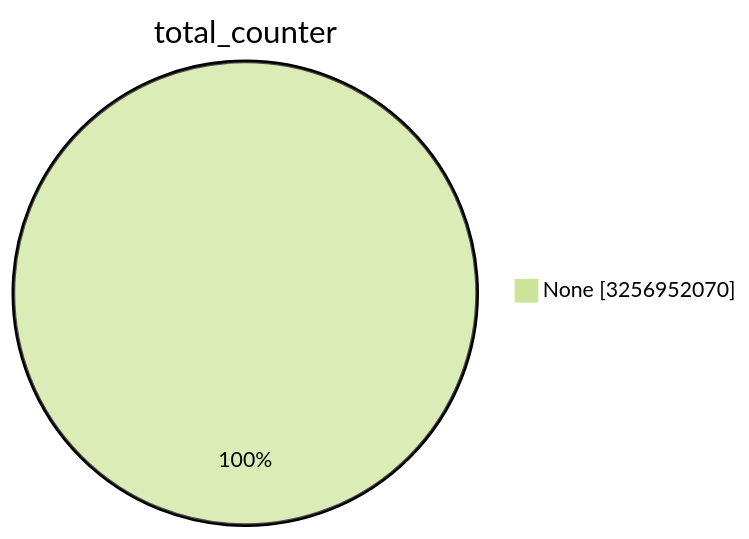
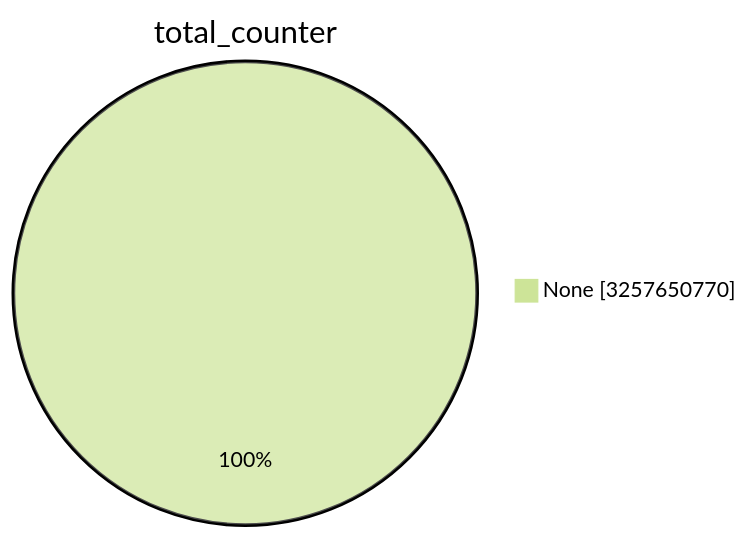
One commit to christiankrug/ctmonitor_visualization changed the first of 15 diagrams in TOTAL/README.md. Above: the diagram before and after it, drawn with Mermaid (forest theme). The commit also changed other lines of this file, not shown here.

````diff
--- a/TOTAL/README.md
+++ b/TOTAL/README.md
@@ -1,5 +1,5 @@
 ```mermaid
 pie showData
 title total_counter
-"None" :3256952070
+"None" :3257650770
 ```
````
